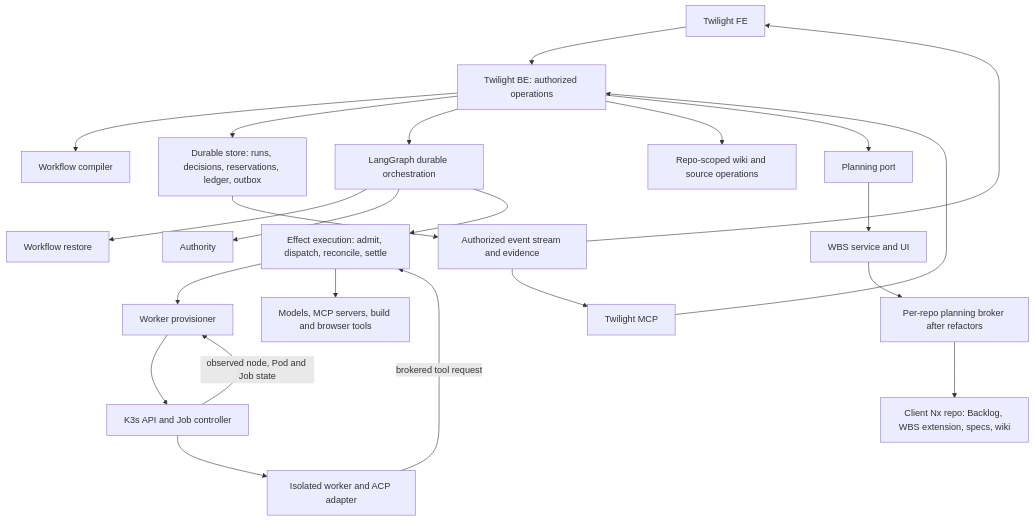
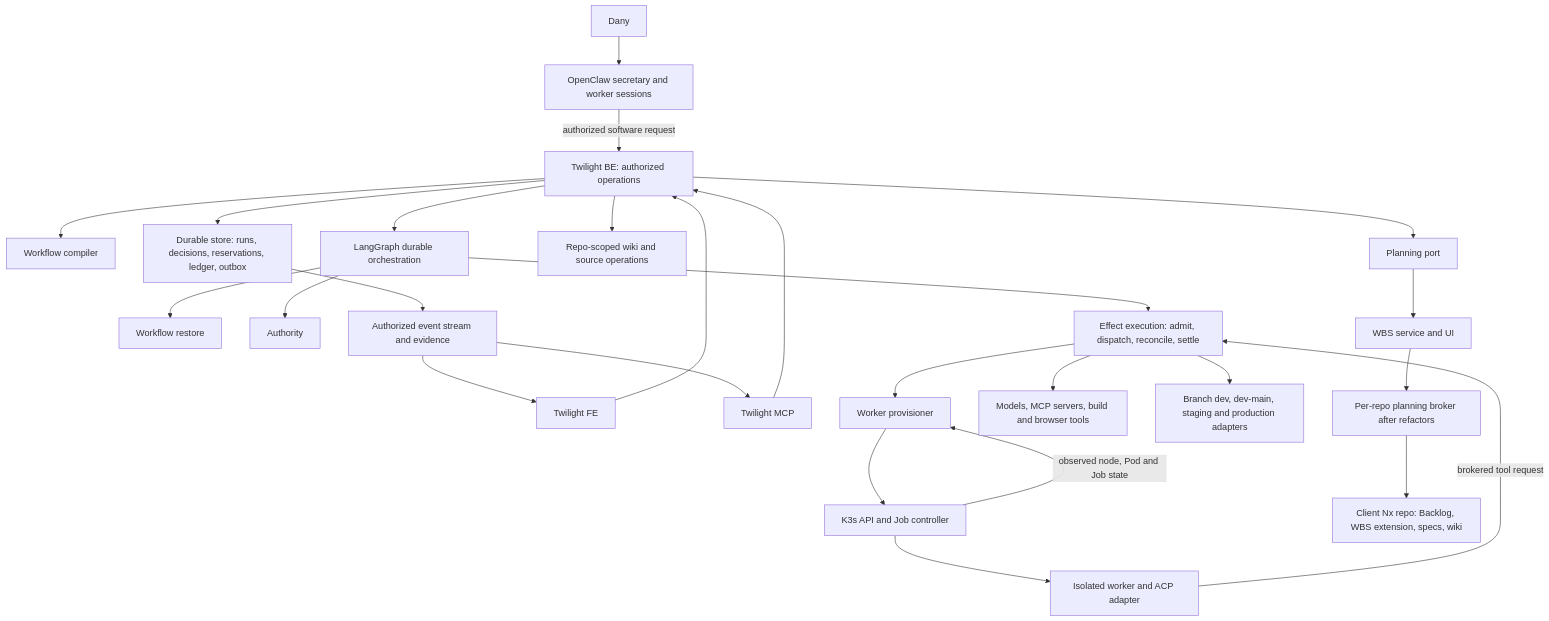
The diagram in openspec/changes/twilight-control-plane/design.md (Prosperous-Unification/puni-00), drawn with Mermaid before and after one commit. The commit also changed other lines of this file and 17 other files, not shown here.

````diff
--- a/openspec/changes/twilight-control-plane/design.md
+++ b/openspec/changes/twilight-control-plane/design.md
@@ -17,25 +17,28 @@
 ```mermaid
 flowchart TD
+  Person[Dany] --> OpenClaw[OpenClaw secretary and worker sessions]
+  OpenClaw -- authorized software request --> API
   FE[Twilight FE] --> API[Twilight BE: authorized operations]
   MCP[Twilight MCP] --> API
   API --> Compiler[Workflow compiler]
   API --> Store[Durable store: runs, decisions, reservations, ledger, outbox]
   API --> Graph[LangGraph durable orchestration]
   Graph --> Restore[Workflow restore]
   Graph --> Authority
   Graph --> Effects[Effect execution: admit, dispatch, reconcile, settle]
   Effects --> Provisioning[Worker provisioner]
   Provisioning --> K3s[K3s API and Job controller]
   K3s --> Worker[Isolated worker and ACP adapter]
   K3s -- observed node, Pod and Job state --> Provisioning
   Worker -- brokered tool request --> Effects
   Effects --> External[Models, MCP servers, build and browser tools]
+  Effects --> Environments[Branch dev, dev-main, staging and production adapters]
   API --> Knowledge[Repo-scoped wiki and source operations]
   API --> Planning[Planning port]
   Planning --> WBS[WBS service and UI]
   WBS --> Broker[Per-repo planning broker after refactors]
   Broker --> Repo[Client Nx repo: Backlog, WBS extension, specs, wiki]
   Store --> Events[Authorized event stream and evidence]
   Events --> FE
   Events --> MCP
 ```
````
